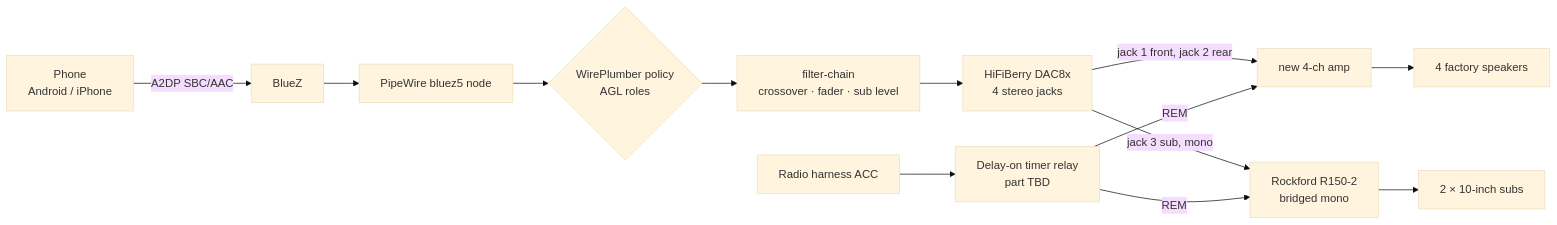
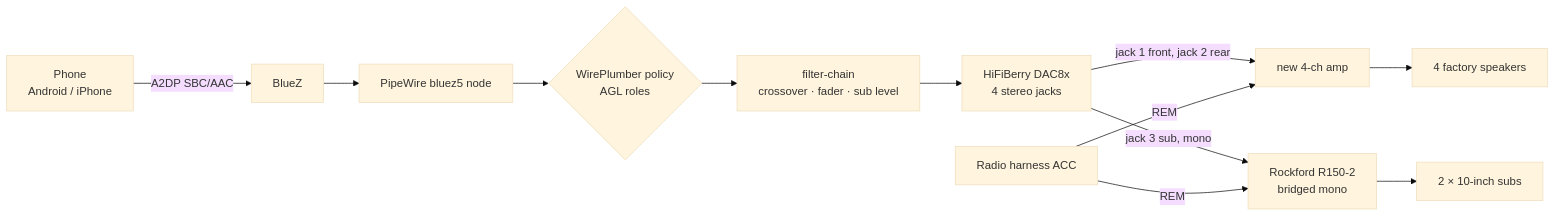
Before and after one commit to darickc/TruckDashboard: the diagram in docs/architecture/audio-routing.md, drawn with Mermaid (base theme). The commit also changed other lines of this file and 15 other files, not shown here.

````diff
--- a/docs/architecture/audio-routing.md
+++ b/docs/architecture/audio-routing.md
@@ -18,15 +18,14 @@
 ```mermaid
 flowchart LR
   PHONE[Phone<br/>Android / iPhone] -- A2DP SBC/AAC --> BZ[BlueZ]
   BZ --> PW[PipeWire bluez5 node]
   PW --> WP{WirePlumber policy<br/>AGL roles}
   WP --> FC[filter-chain<br/>crossover · fader · sub level]
   FC --> DAC[HiFiBerry DAC8x<br/>4 stereo jacks]
   DAC -- jack 1 front, jack 2 rear --> AMP4[new 4-ch amp]
   DAC -- jack 3 sub, mono --> R150[Rockford R150-2<br/>bridged mono]
   AMP4 --> SPK[4 factory speakers]
   R150 --> SUBS[2 × 10-inch subs]
-  ACC[Radio harness ACC] --> TD[Delay-on timer relay<br/>part TBD]
-  TD -- REM --> AMP4
-  TD -- REM --> R150
+  ACC[Radio harness ACC] -- REM --> AMP4
+  ACC -- REM --> R150
 ```
````
